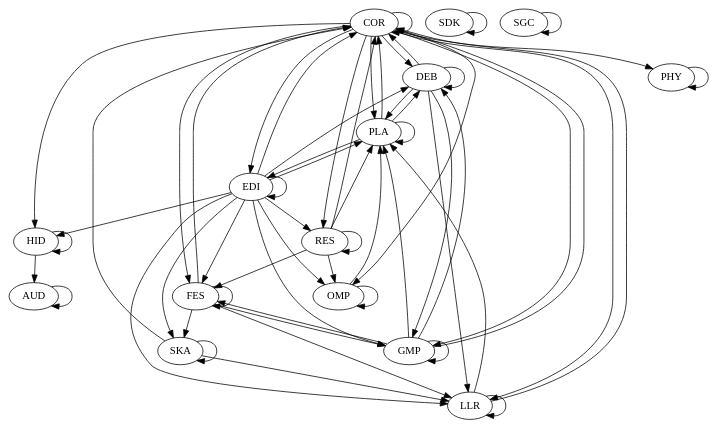
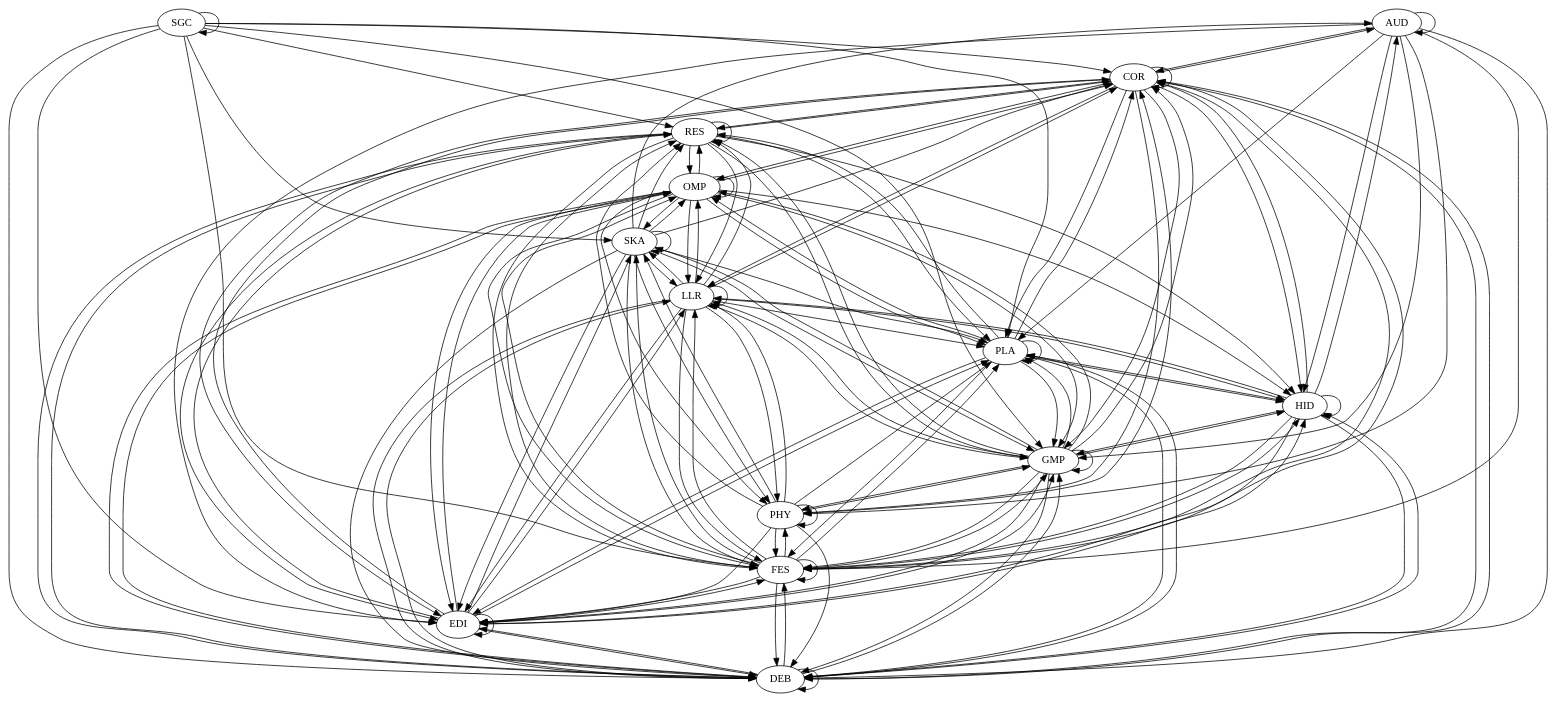
One commit to gamedev-studies/game-engine-analyser changed the diagram in 6_architectural_map_gen/outputs/o3de.dot. Above: the diagram before and after it, drawn with Graphviz. The commit also changed 8 other files, not shown here.

```diff
--- a/6_architectural_map_gen/outputs/o3de.dot
+++ b/6_architectural_map_gen/outputs/o3de.dot
@@ -1,62 +1,151 @@
 digraph "source tree" {
 	"AUD" -> "AUD"
+	"AUD" -> "COR"
+	"AUD" -> "DEB"
+	"AUD" -> "EDI"
+	"AUD" -> "FES"
+	"AUD" -> "GMP"
+	"AUD" -> "HID"
+	"AUD" -> "PHY"
+	"AUD" -> "PLA"
+	"COR" -> "AUD"
 	"COR" -> "COR"
 	"COR" -> "DEB"
 	"COR" -> "EDI"
 	"COR" -> "FES"
 	"COR" -> "GMP"
 	"COR" -> "HID"
 	"COR" -> "LLR"
 	"COR" -> "OMP"
 	"COR" -> "PHY"
 	"COR" -> "PLA"
 	"COR" -> "RES"
 	"DEB" -> "COR"
 	"DEB" -> "DEB"
+	"DEB" -> "EDI"
+	"DEB" -> "FES"
 	"DEB" -> "GMP"
+	"DEB" -> "HID"
 	"DEB" -> "LLR"
+	"DEB" -> "OMP"
 	"DEB" -> "PLA"
+	"DEB" -> "RES"
 	"EDI" -> "COR"
 	"EDI" -> "DEB"
 	"EDI" -> "EDI"
 	"EDI" -> "FES"
 	"EDI" -> "GMP"
 	"EDI" -> "HID"
 	"EDI" -> "LLR"
 	"EDI" -> "OMP"
 	"EDI" -> "PLA"
 	"EDI" -> "RES"
 	"EDI" -> "SKA"
 	"FES" -> "COR"
+	"FES" -> "DEB"
+	"FES" -> "EDI"
 	"FES" -> "FES"
 	"FES" -> "GMP"
+	"FES" -> "HID"
 	"FES" -> "LLR"
+	"FES" -> "OMP"
+	"FES" -> "PHY"
+	"FES" -> "PLA"
+	"FES" -> "RES"
 	"FES" -> "SKA"
 	"GMP" -> "COR"
 	"GMP" -> "DEB"
+	"GMP" -> "EDI"
 	"GMP" -> "FES"
 	"GMP" -> "GMP"
+	"GMP" -> "HID"
+	"GMP" -> "LLR"
+	"GMP" -> "OMP"
+	"GMP" -> "PHY"
 	"GMP" -> "PLA"
+	"GMP" -> "RES"
+	"GMP" -> "SKA"
 	"HID" -> "AUD"
+	"HID" -> "COR"
+	"HID" -> "DEB"
+	"HID" -> "EDI"
+	"HID" -> "FES"
+	"HID" -> "GMP"
 	"HID" -> "HID"
+	"HID" -> "LLR"
+	"HID" -> "PLA"
 	"LLR" -> "COR"
+	"LLR" -> "DEB"
+	"LLR" -> "EDI"
+	"LLR" -> "FES"
+	"LLR" -> "GMP"
+	"LLR" -> "HID"
 	"LLR" -> "LLR"
+	"LLR" -> "OMP"
+	"LLR" -> "PHY"
 	"LLR" -> "PLA"
+	"LLR" -> "RES"
+	"LLR" -> "SKA"
+	"OMP" -> "COR"
+	"OMP" -> "DEB"
+	"OMP" -> "EDI"
+	"OMP" -> "FES"
+	"OMP" -> "GMP"
+	"OMP" -> "HID"
+	"OMP" -> "LLR"
 	"OMP" -> "OMP"
+	"OMP" -> "PHY"
 	"OMP" -> "PLA"
+	"OMP" -> "RES"
+	"OMP" -> "SKA"
+	"PHY" -> "COR"
+	"PHY" -> "DEB"
+	"PHY" -> "EDI"
+	"PHY" -> "FES"
+	"PHY" -> "GMP"
+	"PHY" -> "LLR"
 	"PHY" -> "PHY"
+	"PHY" -> "PLA"
+	"PHY" -> "RES"
+	"PHY" -> "SKA"
 	"PLA" -> "COR"
 	"PLA" -> "DEB"
 	"PLA" -> "EDI"
+	"PLA" -> "FES"
+	"PLA" -> "GMP"
+	"PLA" -> "HID"
+	"PLA" -> "OMP"
 	"PLA" -> "PLA"
+	"PLA" -> "RES"
 	"RES" -> "COR"
+	"RES" -> "DEB"
+	"RES" -> "EDI"
 	"RES" -> "FES"
+	"RES" -> "GMP"
+	"RES" -> "HID"
+	"RES" -> "LLR"
 	"RES" -> "OMP"
 	"RES" -> "PLA"
 	"RES" -> "RES"
-	"SDK" -> "SDK"
+	"SGC" -> "COR"
+	"SGC" -> "DEB"
+	"SGC" -> "EDI"
+	"SGC" -> "FES"
+	"SGC" -> "GMP"
+	"SGC" -> "PLA"
+	"SGC" -> "RES"
 	"SGC" -> "SGC"
+	"SGC" -> "SKA"
+	"SKA" -> "AUD"
 	"SKA" -> "COR"
+	"SKA" -> "DEB"
+	"SKA" -> "EDI"
+	"SKA" -> "FES"
+	"SKA" -> "GMP"
 	"SKA" -> "LLR"
+	"SKA" -> "OMP"
+	"SKA" -> "PHY"
+	"SKA" -> "PLA"
+	"SKA" -> "RES"
 	"SKA" -> "SKA"
 }
```
